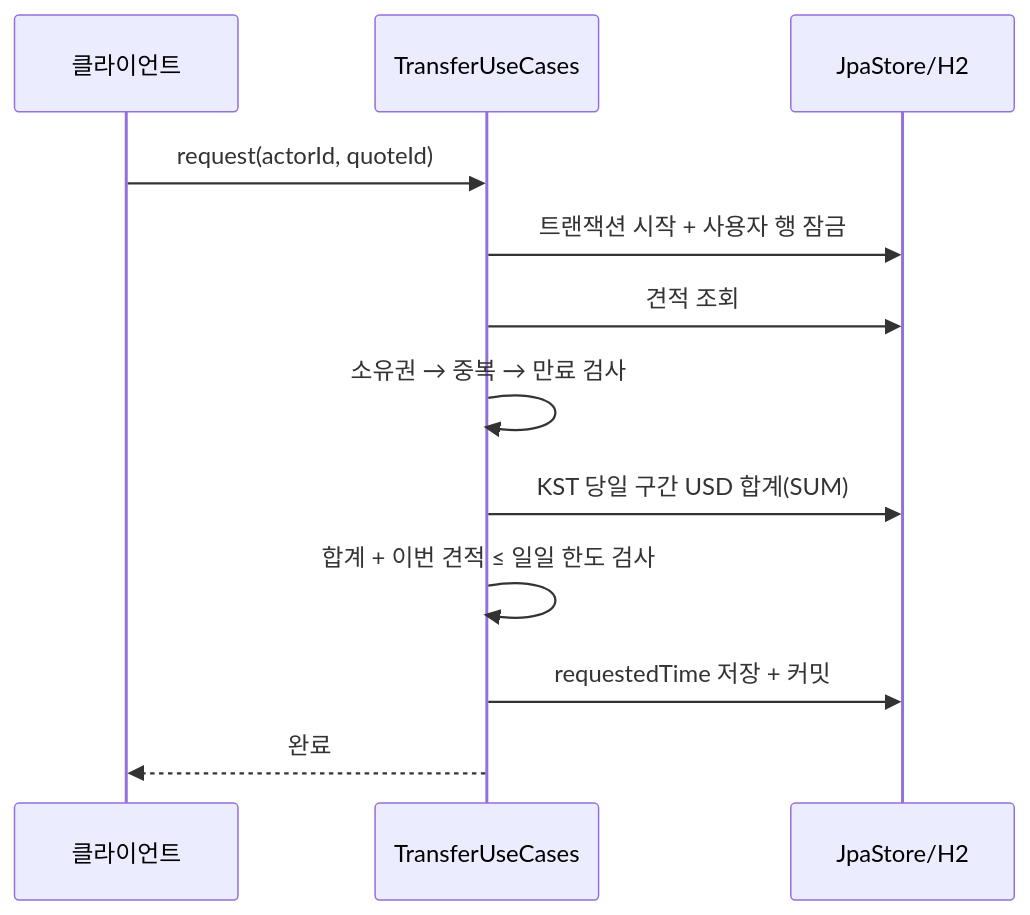
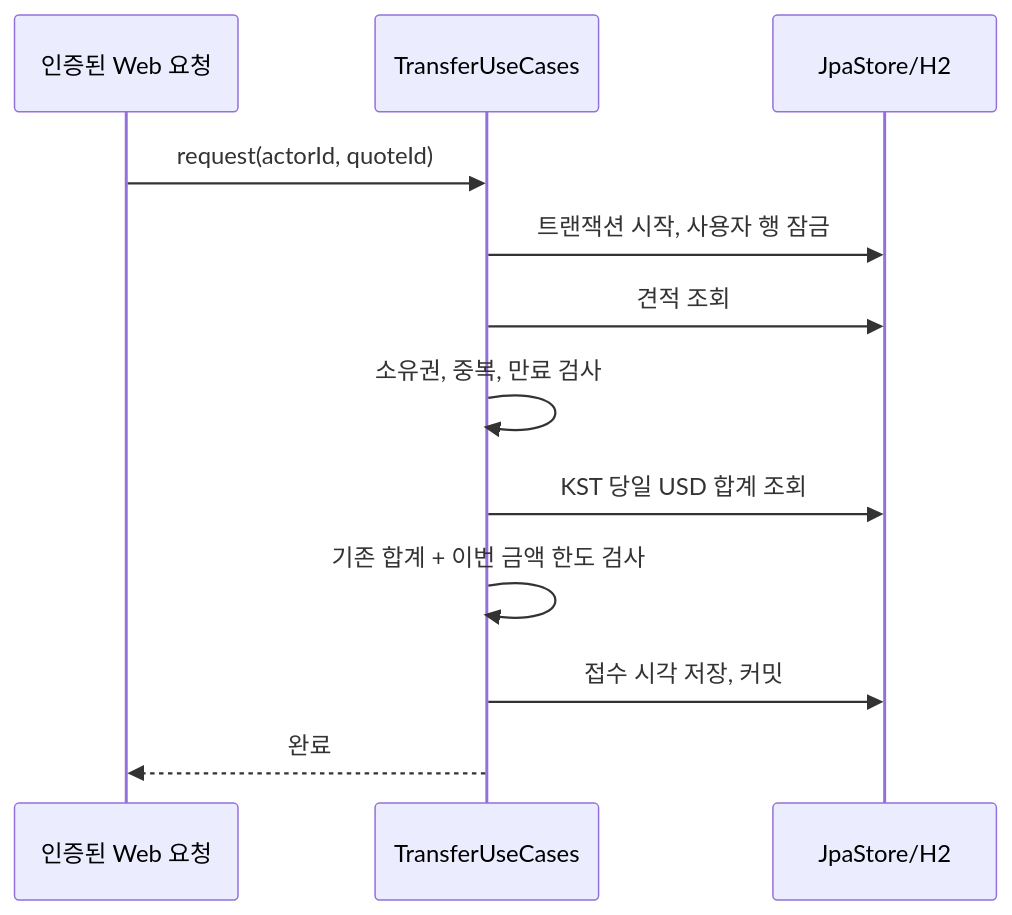
The second of 4 diagrams in docs/application/architecture.md (ssipflow/GlobalRemittance), drawn with Mermaid before and after one commit. The commit also changed other lines of this file and 5 other files, not shown here.

````diff
--- a/docs/application/architecture.md
+++ b/docs/application/architecture.md
@@ -58,14 +42,14 @@
 ```mermaid
 sequenceDiagram
-    participant C as 클라이언트
+    participant W as 인증된 Web 요청
     participant A as TransferUseCases
     participant P as JpaStore/H2
-    C->>A: request(actorId, quoteId)
-    A->>P: 트랜잭션 시작 + 사용자 행 잠금
+    W->>A: request(actorId, quoteId)
+    A->>P: 트랜잭션 시작, 사용자 행 잠금
     A->>P: 견적 조회
-    A->>A: 소유권 → 중복 → 만료 검사
-    A->>P: KST 당일 구간 USD 합계(SUM)
-    A->>A: 합계 + 이번 견적 ≤ 일일 한도 검사
-    A->>P: requestedTime 저장 + 커밋
-    A-->>C: 완료
+    A->>A: 소유권, 중복, 만료 검사
+    A->>P: KST 당일 USD 합계 조회
+    A->>A: 기존 합계 + 이번 금액 한도 검사
+    A->>P: 접수 시각 저장, 커밋
+    A-->>W: 완료
 ```
````
